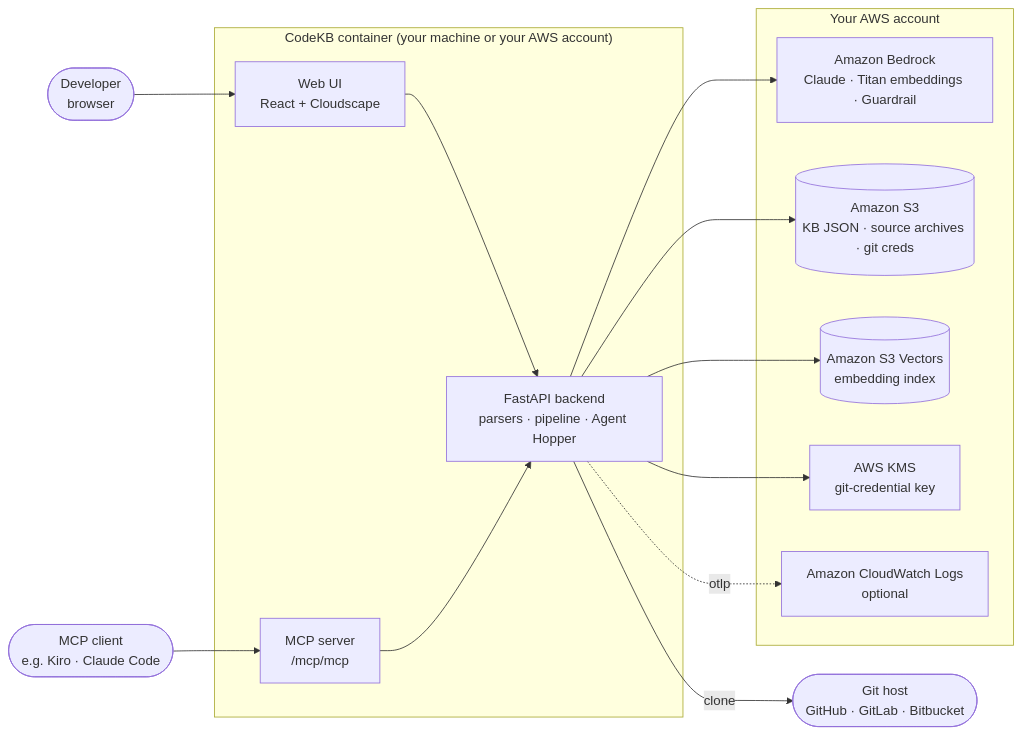
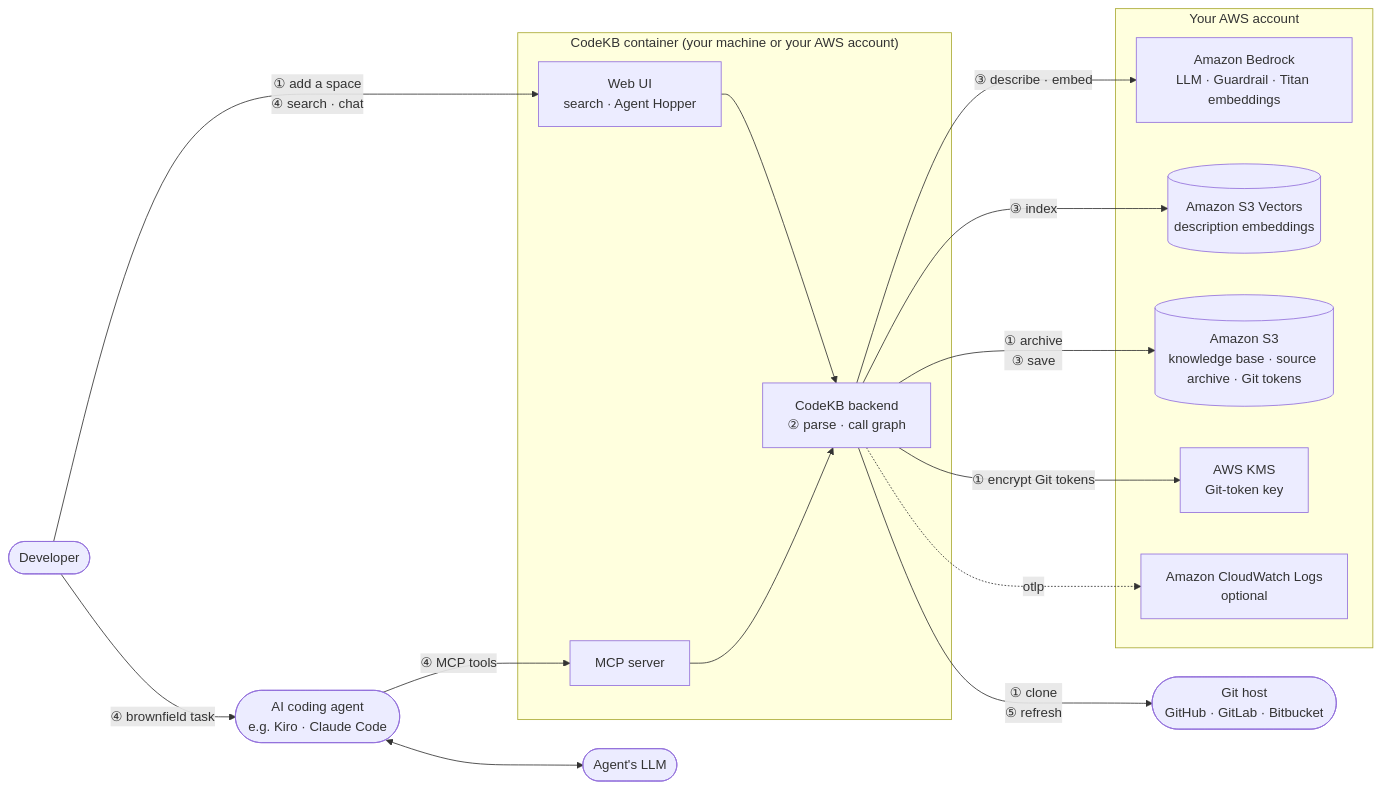
One commit to awslabs/codekb changed the diagram in README.md. Above: the diagram before and after it, drawn with Mermaid. The commit also changed other lines of this file, not shown here.

First line of the commit message:
Number the README "How it works" diagram and tighten the steps

````diff
--- a/README.md
+++ b/README.md
@@ -59,30 +60,32 @@
 ```mermaid
 flowchart LR
-    dev([Developer<br/>browser])
-    mcp([MCP client<br/>e.g. Kiro · Claude Code])
+    dev([Developer])
+    agent([AI coding agent<br/>e.g. Kiro · Claude Code])
+    agentllm([Agent's LLM])
+    git([Git host<br/>GitHub · GitLab · Bitbucket])
 
     subgraph container["CodeKB container (your machine or your AWS account)"]
-        ui[Web UI<br/>React + Cloudscape]
-        api[FastAPI backend<br/>parsers · pipeline · Agent Hopper]
-        mcpsrv[MCP server<br/>/mcp/mcp]
+        ui[Web UI<br/>search · Agent Hopper]
+        mcpsrv[MCP server]
+        api[CodeKB backend<br/>② parse · call graph]
     end
 
     subgraph aws["Your AWS account"]
-        bedrock[Amazon Bedrock<br/>Claude · Titan embeddings · Guardrail]
-        s3[(Amazon S3<br/>KB JSON · source archives · git creds)]
-        vectors[(Amazon S3 Vectors<br/>embedding index)]
-        kms[AWS KMS<br/>git-credential key]
+        bedrock[Amazon Bedrock<br/>LLM · Guardrail · Titan embeddings]
+        vectors[(Amazon S3 Vectors<br/>description embeddings)]
+        s3[(Amazon S3<br/>knowledge base · source archive · Git tokens)]
+        kms[AWS KMS<br/>Git-token key]
         logs[Amazon CloudWatch Logs<br/>optional]
     end
 
-    git([Git host<br/>GitHub · GitLab · Bitbucket])
-
-    dev --> ui --> api
-    mcp --> mcpsrv --> api
-    api --> bedrock
-    api --> s3
-    api --> vectors
-    api --> kms
+    dev -- "① add a space<br/>④ search · chat" --> ui --> api
+    dev -- "④ brownfield task" --> agent
+    agent <--> agentllm
+    agent -- "④ MCP tools" --> mcpsrv --> api
+    api -- "① clone<br/>⑤ refresh" --> git
+    api -- "③ describe · embed" --> bedrock
+    api -- "③ index" --> vectors
+    api -- "① archive<br/>③ save" --> s3
+    api -- "① encrypt Git tokens" --> kms
     api -. otlp .-> logs
-    api -- clone --> git
 ```
````
